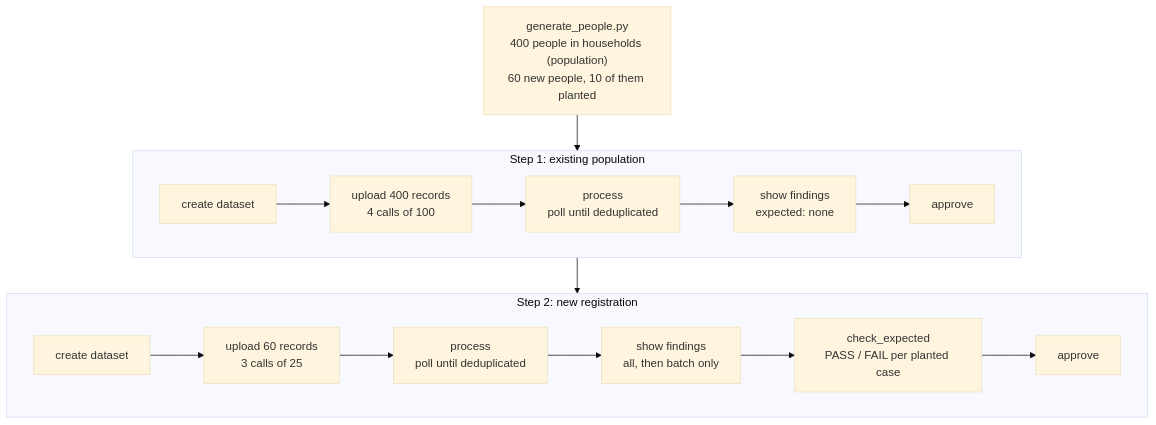
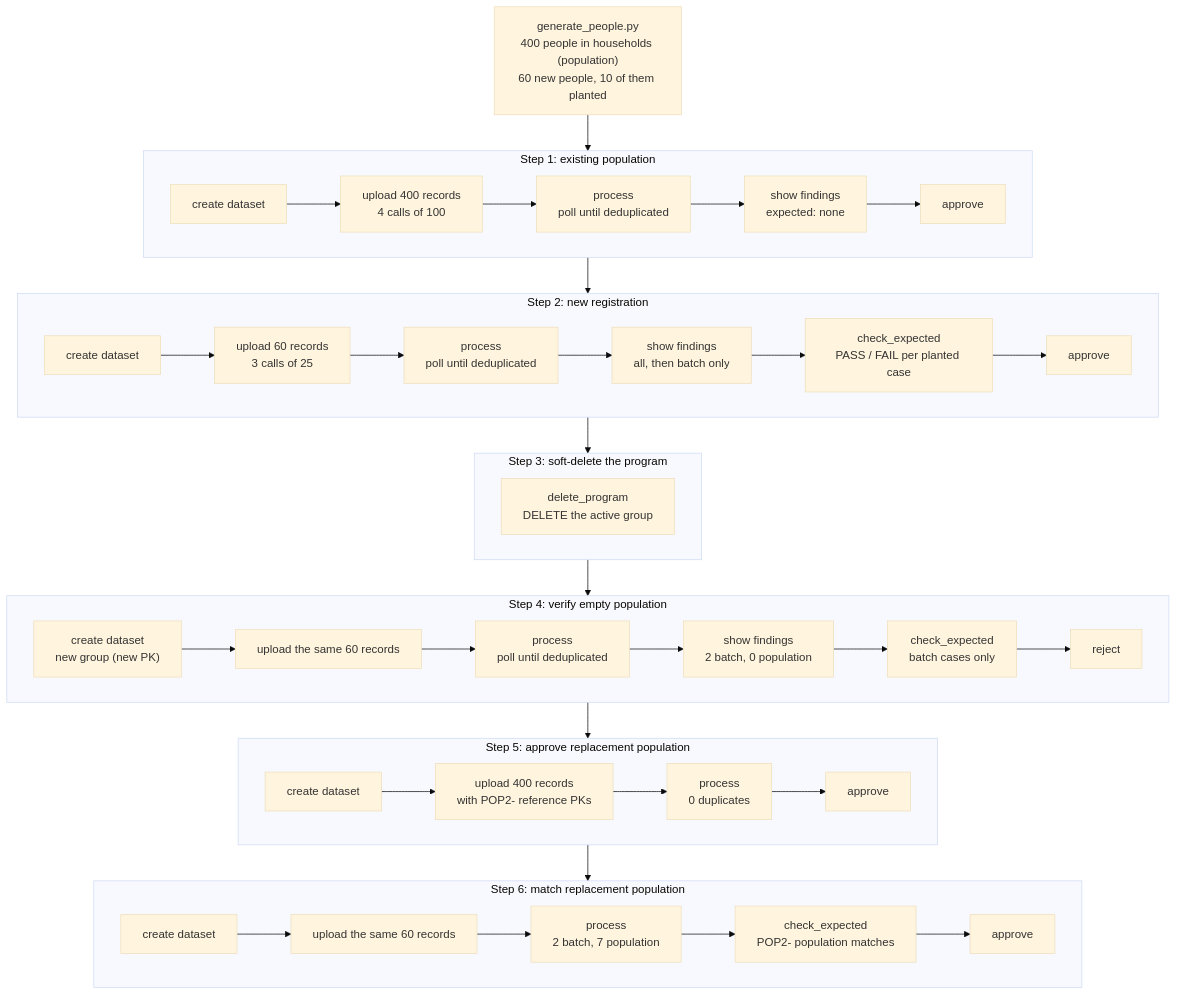
One commit to unicef/hope-dedup-engine changed the first of 7 diagrams in docs/src/biographic/development/demo.md. Above: the diagram before and after it, drawn with Mermaid (base theme). The commit also changed other lines of this file and 24 other files, not shown here.

````diff
--- a/docs/src/biographic/development/demo.md
+++ b/docs/src/biographic/development/demo.md
@@ -37,11 +37,23 @@
 ```mermaid
 flowchart TB
     gen["generate_people.py<br>400 people in households (population)<br>60 new people, 10 of them planted"]
     subgraph step1["Step 1: existing population"]
         c1[create dataset] --> u1["upload 400 records<br>4 calls of 100"] --> p1["process<br>poll until deduplicated"] --> s1["show findings<br>expected: none"] --> a1[approve]
     end
     subgraph step2["Step 2: new registration"]
         c2[create dataset] --> u2["upload 60 records<br>3 calls of 25"] --> p2["process<br>poll until deduplicated"] --> s2["show findings<br>all, then batch only"] --> k2["check_expected<br>PASS / FAIL per planted case"] --> a2[approve]
     end
-    gen --> step1 --> step2
+    subgraph step3["Step 3: soft-delete the program"]
+        d3["delete_program<br>DELETE the active group"]
+    end
+    subgraph step4["Step 4: verify empty population"]
+        c4["create dataset<br>new group (new PK)"] --> u4["upload the same 60 records"] --> p4["process<br>poll until deduplicated"] --> s4["show findings<br>2 batch, 0 population"] --> k4["check_expected<br>batch cases only"] --> r4[reject]
+    end
+    subgraph step5["Step 5: approve replacement population"]
+        c5["create dataset"] --> u5["upload 400 records<br>with POP2- reference PKs"] --> p5["process<br>0 duplicates"] --> a5[approve]
+    end
+    subgraph step6["Step 6: match replacement population"]
+        c6["create dataset"] --> u6["upload the same 60 records"] --> p6["process<br>2 batch, 7 population"] --> k6["check_expected<br>POP2- population matches"] --> a6[approve]
+    end
+    gen --> step1 --> step2 --> step3 --> step4 --> step5 --> step6
 ```
````
